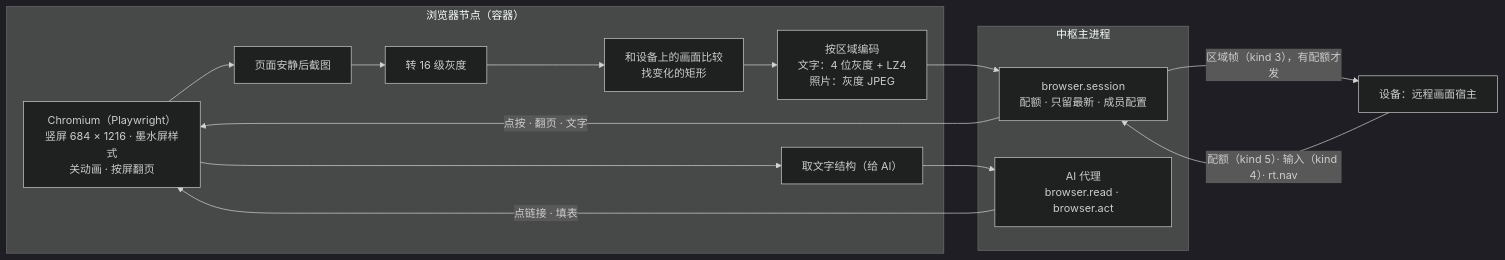
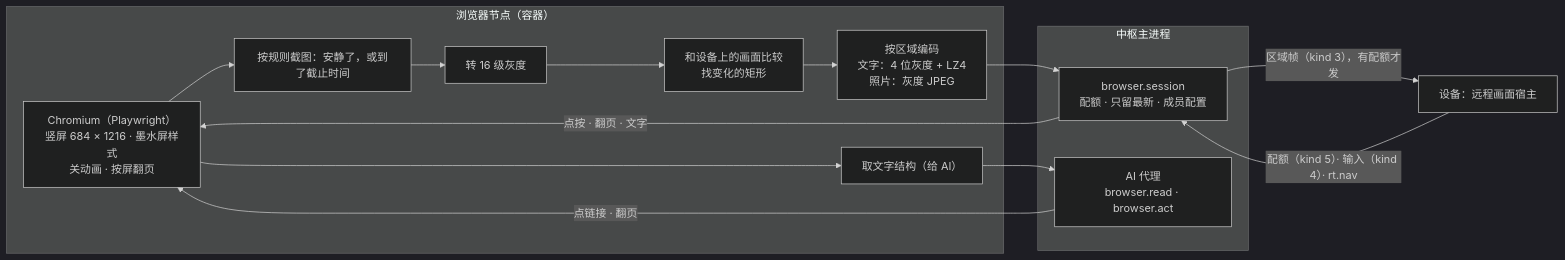
One commit to Gidean-zcx/ink changed the ninth of 16 diagrams in docs/hub/hub-architecture.md. Above: the diagram before and after it, drawn with Mermaid (dark theme). The commit also changed other lines of this file and 16 other files, not shown here.

````diff
--- a/docs/hub/hub-architecture.md
+++ b/docs/hub/hub-architecture.md
@@ -678,24 +769,24 @@
 ```mermaid
 flowchart LR
   subgraph BN["浏览器节点（容器）"]
     CH["Chromium（Playwright）<br/>竖屏 684 × 1216 · 墨水屏样式<br/>关动画 · 按屏翻页"]
-    SHOT["页面安静后截图"]
+    SHOT["按规则截图：安静了，或到了截止时间"]
     Q["转 16 级灰度"]
     DIFF["和设备上的画面比较<br/>找变化的矩形"]
     ENC["按区域编码<br/>文字：4 位灰度 + LZ4<br/>照片：灰度 JPEG"]
     AX["取文字结构（给 AI）"]
     CH --> SHOT --> Q --> DIFF --> ENC
     CH --> AX
   end
   subgraph H["中枢主进程"]
     SESS["browser.session<br/>配额 · 只留最新 · 成员配置"]
     AGT["AI 代理<br/>browser.read · browser.act"]
   end
   DEV["设备：远程画面宿主"]
   ENC --> SESS
   AX --> AGT
   SESS -- "区域帧（kind 3），有配额才发" --> DEV
   DEV -- "配额（kind 5）· 输入（kind 4）· rt.nav" --> SESS
   SESS -- "点按 · 翻页 · 文字" --> CH
-  AGT -- "点链接 · 填表" --> CH
+  AGT -- "点链接 · 翻页" --> CH
 ```
````
